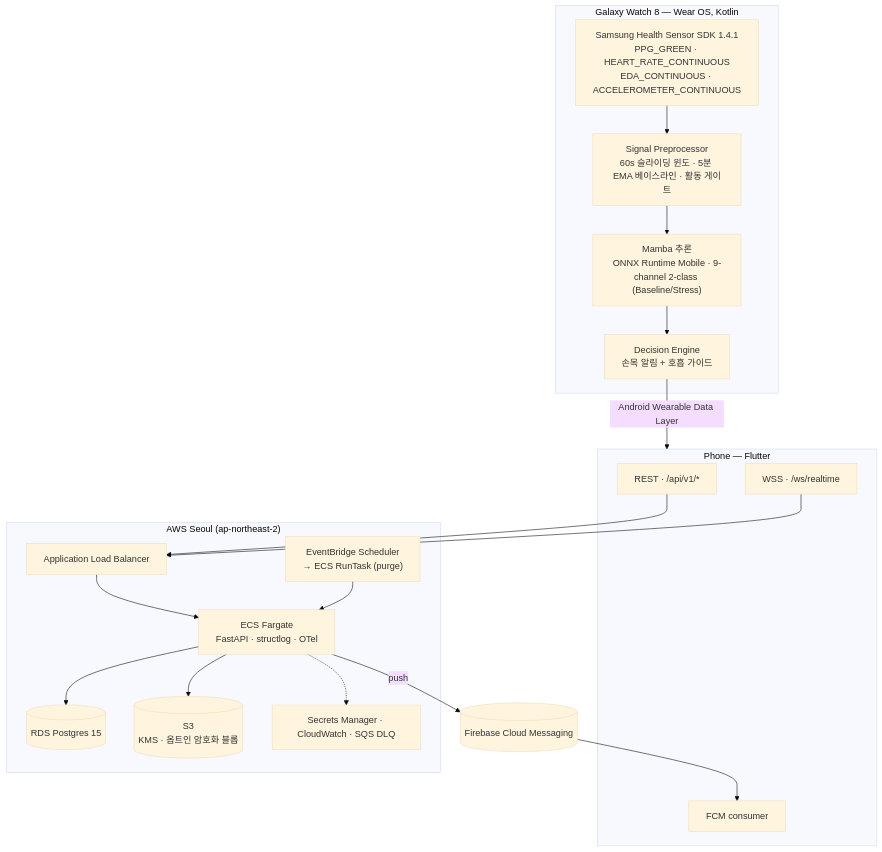
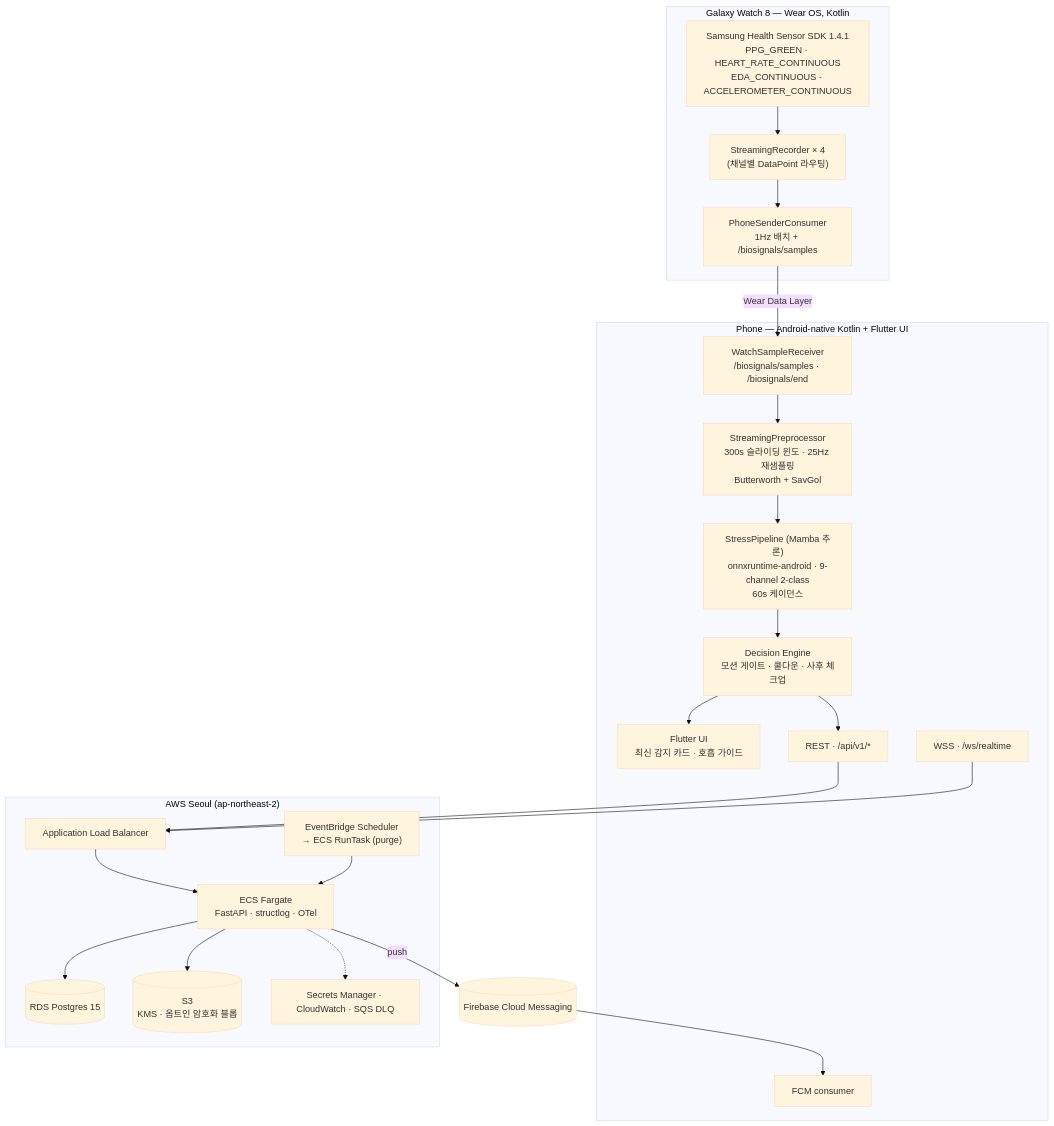
Before and after one commit to kookmin-sw/2026-capstone-18: the fourth of 4 diagrams in README.md, drawn with Mermaid (base theme). The commit also changed other lines of this file, not shown here.

Commit message:
docs(readme): align §1, §5, hardware table with phone on-device inference

````diff
--- a/README.md
+++ b/README.md
@@ -773,38 +775,45 @@
 ```mermaid
 flowchart TD
     subgraph Watch["Galaxy Watch 8 — Wear OS, Kotlin"]
         SDK["Samsung Health Sensor SDK 1.4.1<br/>PPG_GREEN · HEART_RATE_CONTINUOUS<br/>EDA_CONTINUOUS · ACCELEROMETER_CONTINUOUS"]
-        Pre["Signal Preprocessor<br/>60s 슬라이딩 윈도 · 5분 EMA 베이스라인 · 활동 게이트"]
-        Inf["Mamba 추론<br/>ONNX Runtime Mobile · 9-channel 2-class (Baseline/Stress)"]
-        Dec["Decision Engine<br/>손목 알림 + 호흡 가이드"]
-        SDK --> Pre --> Inf --> Dec
+        StreamRec["StreamingRecorder × 4<br/>(채널별 DataPoint 라우팅)"]
+        Consumer["PhoneSenderConsumer<br/>1Hz 배치 + /biosignals/samples"]
+        SDK --> StreamRec --> Consumer
     end
 
-    subgraph Phone["Phone — Flutter"]
+    subgraph Phone["Phone — Android-native Kotlin + Flutter UI"]
+        Receiver["WatchSampleReceiver<br/>/biosignals/samples · /biosignals/end"]
+        Buffer["StreamingPreprocessor<br/>300s 슬라이딩 윈도 · 25Hz 재샘플링<br/>Butterworth + SavGol"]
+        Mamba["StressPipeline (Mamba 추론)<br/>onnxruntime-android · 9-channel 2-class<br/>60s 케이던스"]
+        Decision["Decision Engine<br/>모션 게이트 · 쿨다운 · 사후 체크업"]
+        FlutterUI["Flutter UI<br/>최신 감지 카드 · 호흡 가이드"]
         REST["REST · /api/v1/*"]
         WSS["WSS · /ws/realtime"]
         FCMc["FCM consumer"]
+        Receiver --> Buffer --> Mamba --> Decision
+        Decision --> FlutterUI
+        Decision --> REST
     end
 
     subgraph AWS["AWS Seoul (ap-northeast-2)"]
         ALB["Application Load Balancer"]
         ECS["ECS Fargate<br/>FastAPI · structlog · OTel"]
         RDS[("RDS Postgres 15")]
         S3[("S3<br/>KMS · 옵트인 암호화 블롭")]
         EB["EventBridge Scheduler<br/>→ ECS RunTask (purge)"]
         Ops["Secrets Manager · CloudWatch · SQS DLQ"]
         ALB --> ECS
         ECS --> RDS
         ECS --> S3
         EB --> ECS
         ECS -.-> Ops
     end
 
     Firebase[("Firebase Cloud Messaging")]
 
-    Dec -- "Android Wearable Data Layer" --> Phone
+    Consumer -- "Wear Data Layer" --> Receiver
     REST --> ALB
     WSS --> ALB
     ECS -- push --> Firebase
     Firebase --> FCMc
 ```
````
